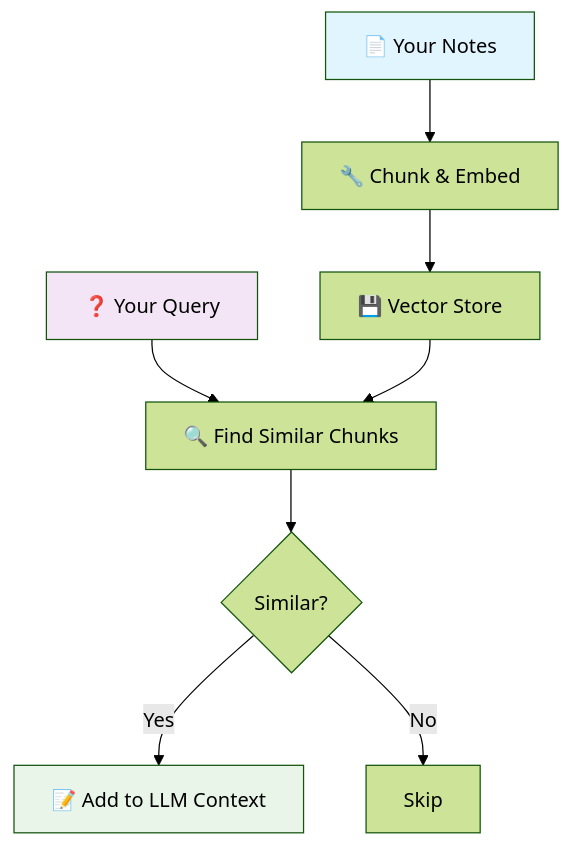
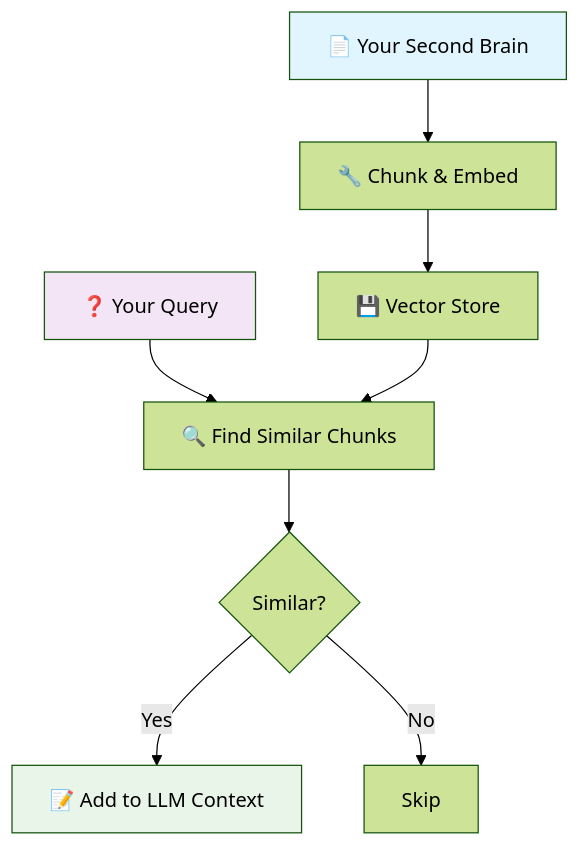
The diagram in README.md (samleeney/brain), drawn with Mermaid (forest theme) before and after one commit. The commit also changed other lines of this file and 14 other files, not shown here.

````diff
--- a/README.md
+++ b/README.md
@@ -9,16 +9,16 @@
 ```mermaid
 flowchart TD
-    A[📄 Your Notes] --> B[🔧 Chunk & Embed]
+    A[📄 Your Second Brain] --> B[🔧 Chunk & Embed]
     B --> C[💾 Vector Store]
     
     D[❓ Your Query] --> E[🔍 Find Similar Chunks]
     C --> E
     
     E --> F{Similar?}
     F -->|Yes| G[📝 Add to LLM Context]
     F -->|No| H[Skip]
     
     style A fill:#e1f5fe
     style D fill:#f3e5f5
     style G fill:#e8f5e8
 ```
````
